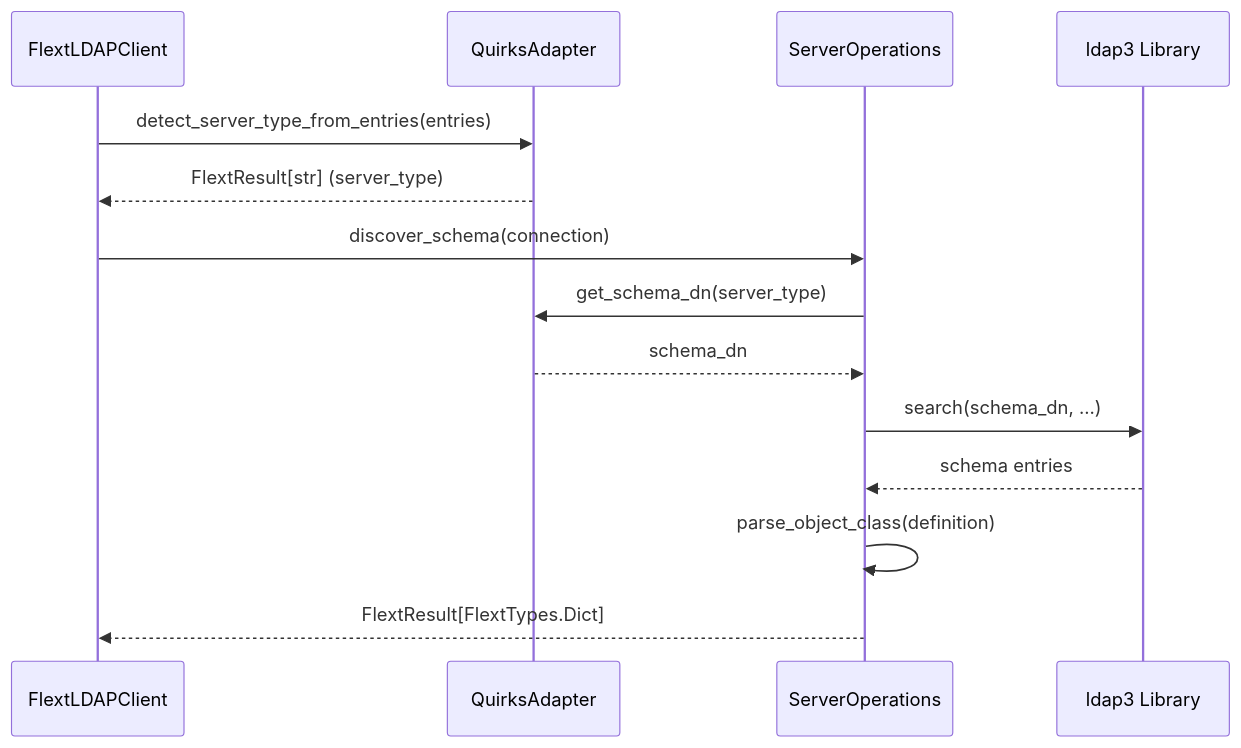
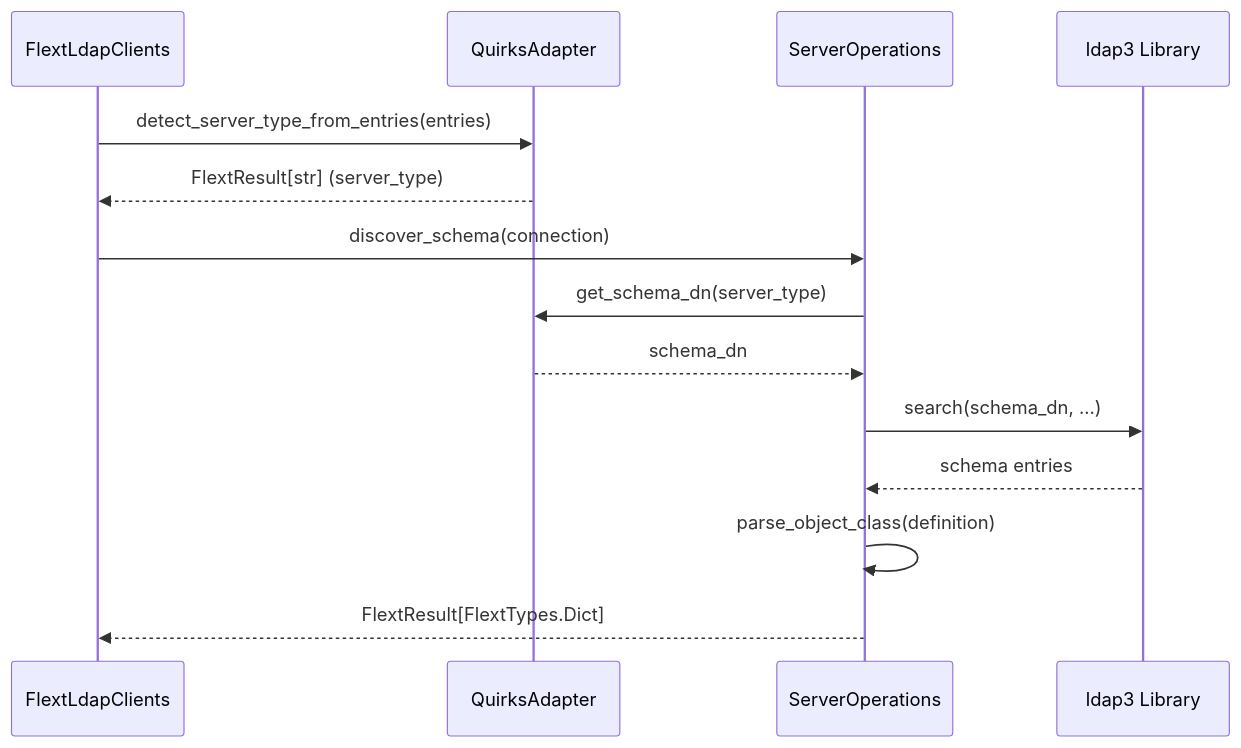
Before and after one commit to flext-sh/flext-ldap: the second of 3 diagrams in docs/architecture.md, drawn with Mermaid. The commit also changed other lines of this file and 117 other files, not shown here.

````diff
--- a/docs/architecture.md
+++ b/docs/architecture.md
@@ -277,17 +277,17 @@
 ```mermaid
 sequenceDiagram
-    participant Client as FlextLDAPClient
+    participant Client as FlextLdapClients
     participant Quirks as QuirksAdapter
     participant Ops as ServerOperations
     participant ldap3 as ldap3 Library
 
     Client->>Quirks: detect_server_type_from_entries(entries)
     Quirks-->>Client: FlextResult[str] (server_type)
     Client->>Ops: discover_schema(connection)
     Ops->>Quirks: get_schema_dn(server_type)
     Quirks-->>Ops: schema_dn
     Ops->>ldap3: search(schema_dn, ...)
     ldap3-->>Ops: schema entries
     Ops->>Ops: parse_object_class(definition)
     Ops-->>Client: FlextResult[FlextTypes.Dict]
 ```
````
